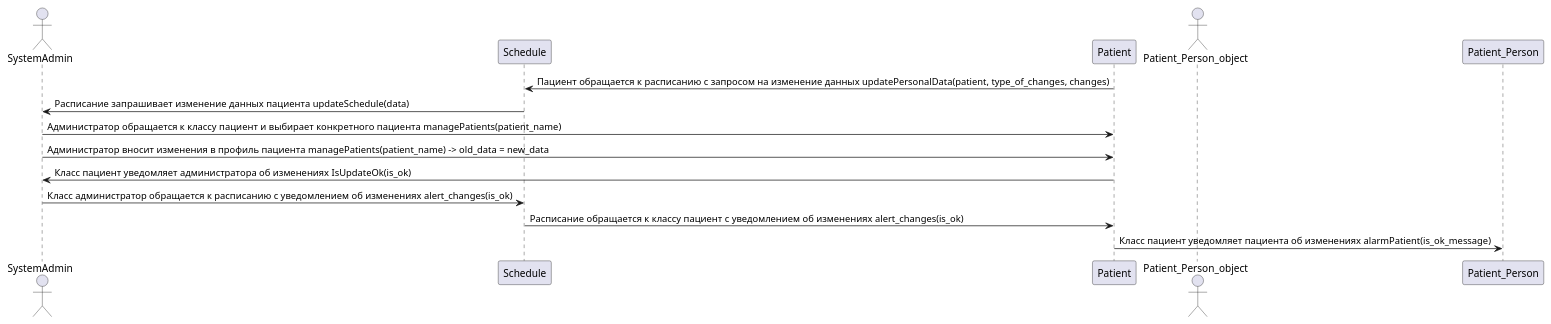
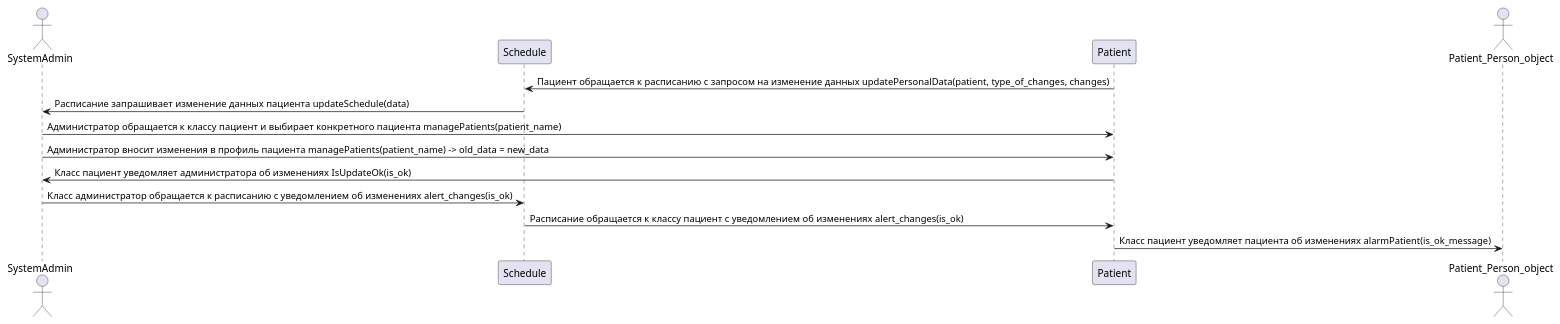
Before and after one commit to penamarth/bsbo-01-22_team2_var3: the diagram in sequence_diagram_4.md, drawn with PlantUML.

````diff
--- a/sequence_diagram_4.md
+++ b/sequence_diagram_4.md
@@ -1,23 +1,23 @@
 ```plantuml
 @startuml sequence_diagram_2
 
 actor SystemAdmin
 
 participant Schedule
 participant Patient
 
 actor Patient_Person_object
 
 Patient -> Schedule: Пациент обращается к расписанию с запросом на изменение данных updatePersonalData(patient, type_of_changes, changes)
 Schedule -> SystemAdmin: Расписание запрашивает изменение данных пациента updateSchedule(data)
 SystemAdmin ->  Patient: Администратор обращается к классу пациент и выбирает конкретного пациента managePatients(patient_name)
 SystemAdmin -> Patient: Администратор вносит изменения в профиль пациента managePatients(patient_name) -> old_data = new_data
 Patient -> SystemAdmin: Класс пациент уведомляет администратора об изменениях IsUpdateOk(is_ok)
 SystemAdmin -> Schedule: Класс администратор обращается к расписанию с уведомлением об изменениях alert_changes(is_ok)
 Schedule -> Patient: Расписание обращается к классу пациент с уведомлением об изменениях alert_changes(is_ok)
-Patient -> Patient_Person: Класс пациент уведомляет пациента об изменениях alarmPatient(is_ok_message)
+Patient -> Patient_Person_object: Класс пациент уведомляет пациента об изменениях alarmPatient(is_ok_message)
 
 
 @enduml
 
 ```
````
